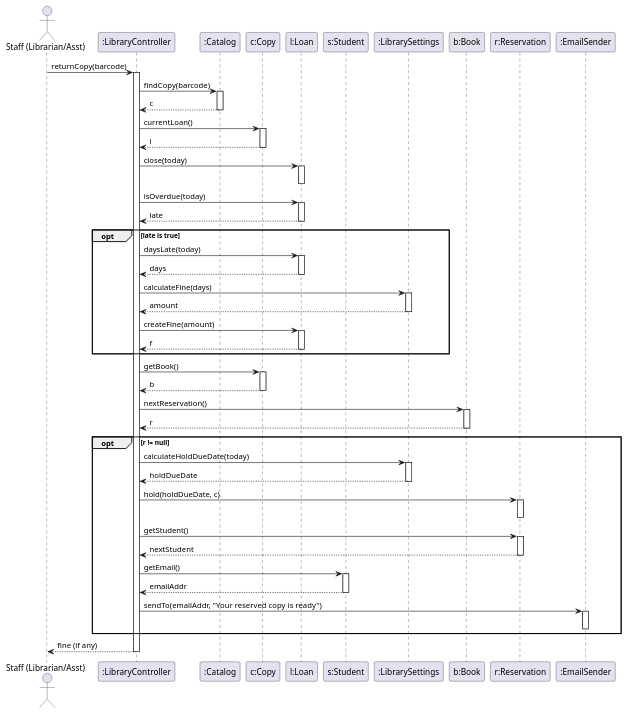
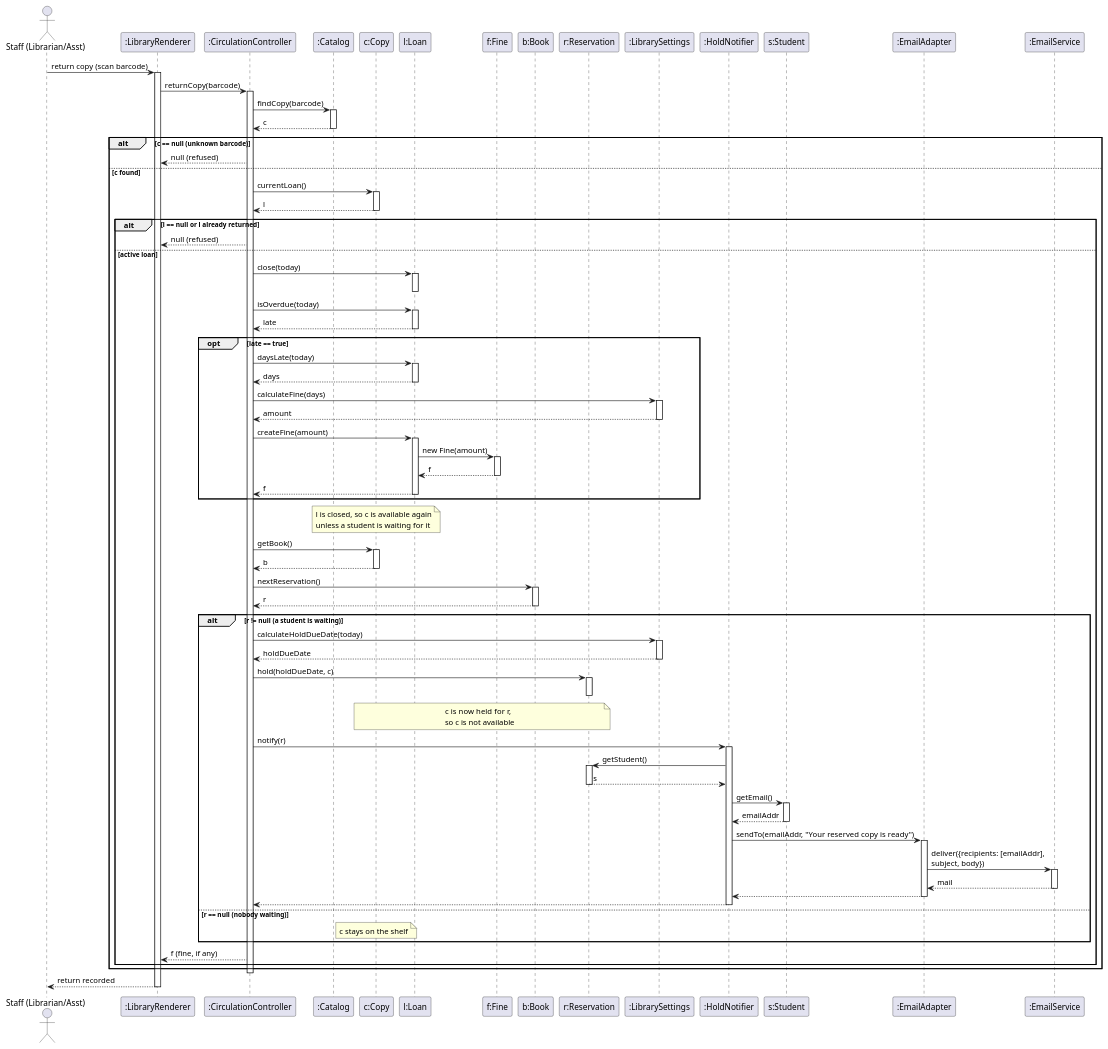
One commit to erionelezaj/LibrarySystem-SW-Design-Principles changed the diagram in docs/uml/seq-return.puml. Above: the diagram before and after it, drawn with PlantUML.

Commit message:
Update return sequence diagram

```diff
--- a/docs/uml/seq-return.puml
+++ b/docs/uml/seq-return.puml
@@ -1,90 +1,128 @@
 @startuml SequenceReturn
 actor "Staff (Librarian/Asst)" as Staff
-participant ":LibraryController" as Controller
+participant ":LibraryRenderer" as UI
+participant ":CirculationController" as Controller
 participant ":Catalog" as Catalog
 participant "c:Copy" as Copy
 participant "l:Loan" as Loan
-participant "s:Student" as Student
-participant ":LibrarySettings" as Settings
+participant "f:Fine" as Fine
 participant "b:Book" as Book
 participant "r:Reservation" as Reservation
-participant ":EmailSender" as Email
+participant ":LibrarySettings" as Settings
+participant ":HoldNotifier" as Notifier
+participant "s:Student" as Student
+participant ":EmailAdapter" as Adapter
+participant ":EmailService" as Service
 
-Staff -> Controller: returnCopy(barcode)
+Staff -> UI: return copy (scan barcode)
+activate UI
+UI -> Controller: returnCopy(barcode)
 activate Controller
 
 Controller -> Catalog: findCopy(barcode)
 activate Catalog
 Catalog --> Controller: c
 deactivate Catalog
 
-Controller -> Copy: currentLoan()
-activate Copy
-Copy --> Controller: l
-deactivate Copy
+alt c == null (unknown barcode)
+    Controller --> UI: null (refused)
+else c found
+    Controller -> Copy: currentLoan()
+    activate Copy
+    Copy --> Controller: l
+    deactivate Copy
 
-Controller -> Loan: close(today)
-activate Loan
-deactivate Loan
+    alt l == null or l already returned
+        Controller --> UI: null (refused)
+    else active loan
+        Controller -> Loan: close(today)
+        activate Loan
+        deactivate Loan
 
-Controller -> Loan: isOverdue(today)
-activate Loan
-Loan --> Controller: late
-deactivate Loan
+        Controller -> Loan: isOverdue(today)
+        activate Loan
+        Loan --> Controller: late
+        deactivate Loan
 
-opt late is true
-    Controller -> Loan: daysLate(today)
-    activate Loan
-    Loan --> Controller: days
-    deactivate Loan
-    
-    Controller -> Settings: calculateFine(days)
-    activate Settings
-    Settings --> Controller: amount
-    deactivate Settings
-    
-    Controller -> Loan: createFine(amount)
-    activate Loan
-    Loan --> Controller: f
-    deactivate Loan
+        opt late == true
+            Controller -> Loan: daysLate(today)
+            activate Loan
+            Loan --> Controller: days
+            deactivate Loan
+
+            Controller -> Settings: calculateFine(days)
+            activate Settings
+            Settings --> Controller: amount
+            deactivate Settings
+
+            Controller -> Loan: createFine(amount)
+            activate Loan
+            Loan -> Fine: new Fine(amount)
+            activate Fine
+            Fine --> Loan: f
+            deactivate Fine
+            Loan --> Controller: f
+            deactivate Loan
+        end
+
+        Note over Copy: l is closed, so c is available again\nunless a student is waiting for it
+
+        Controller -> Copy: getBook()
+        activate Copy
+        Copy --> Controller: b
+        deactivate Copy
+
+        Controller -> Book: nextReservation()
+        activate Book
+        Book --> Controller: r
+        deactivate Book
+
+        alt r != null (a student is waiting)
+            Controller -> Settings: calculateHoldDueDate(today)
+            activate Settings
+            Settings --> Controller: holdDueDate
+            deactivate Settings
+
+            Controller -> Reservation: hold(holdDueDate, c)
+            activate Reservation
+            deactivate Reservation
+            Note over Copy,Reservation: c is now held for r,\nso c is not available
+
+            Controller -> Notifier: notify(r)
+            activate Notifier
+
+            Notifier -> Reservation: getStudent()
+            activate Reservation
+            Reservation --> Notifier: s
+            deactivate Reservation
+
+            Notifier -> Student: getEmail()
+            activate Student
+            Student --> Notifier: emailAddr
+            deactivate Student
+
+            Notifier -> Adapter: sendTo(emailAddr, "Your reserved copy is ready")
+            activate Adapter
+            Adapter -> Service: deliver({recipients: [emailAddr],\nsubject, body})
+            activate Service
+            Service --> Adapter: mail
+            deactivate Service
+            Adapter --> Notifier
+            deactivate Adapter
+
+            Notifier --> Controller
+            deactivate Notifier
+
+        else r == null (nobody waiting)
+            Note over Copy: c stays on the shelf
+        end
+
+        Controller --> UI: f (fine, if any)
+    end
 end
 
-Controller -> Copy: getBook()
-activate Copy
-Copy --> Controller: b
-deactivate Copy
-
-Controller -> Book: nextReservation()
-activate Book
-Book --> Controller: r
-deactivate Book
-
-opt r != null
-    Controller -> Settings: calculateHoldDueDate(today)
-    activate Settings
-    Settings --> Controller: holdDueDate
-    deactivate Settings
-    
-    Controller -> Reservation: hold(holdDueDate, c)
-    activate Reservation
-    deactivate Reservation
-    
-    Controller -> Reservation: getStudent()
-    activate Reservation
-    Reservation --> Controller: nextStudent
-    deactivate Reservation
-    
-    Controller -> Student: getEmail()
-    activate Student
-    Student --> Controller: emailAddr
-    deactivate Student
-    
-    Controller -> Email: sendTo(emailAddr, "Your reserved copy is ready")
-    activate Email
-    deactivate Email
-end
-
-Controller --> Staff: fine (if any)
 deactivate Controller
+UI --> Staff: return recorded
+deactivate UI
 
 @enduml
```
